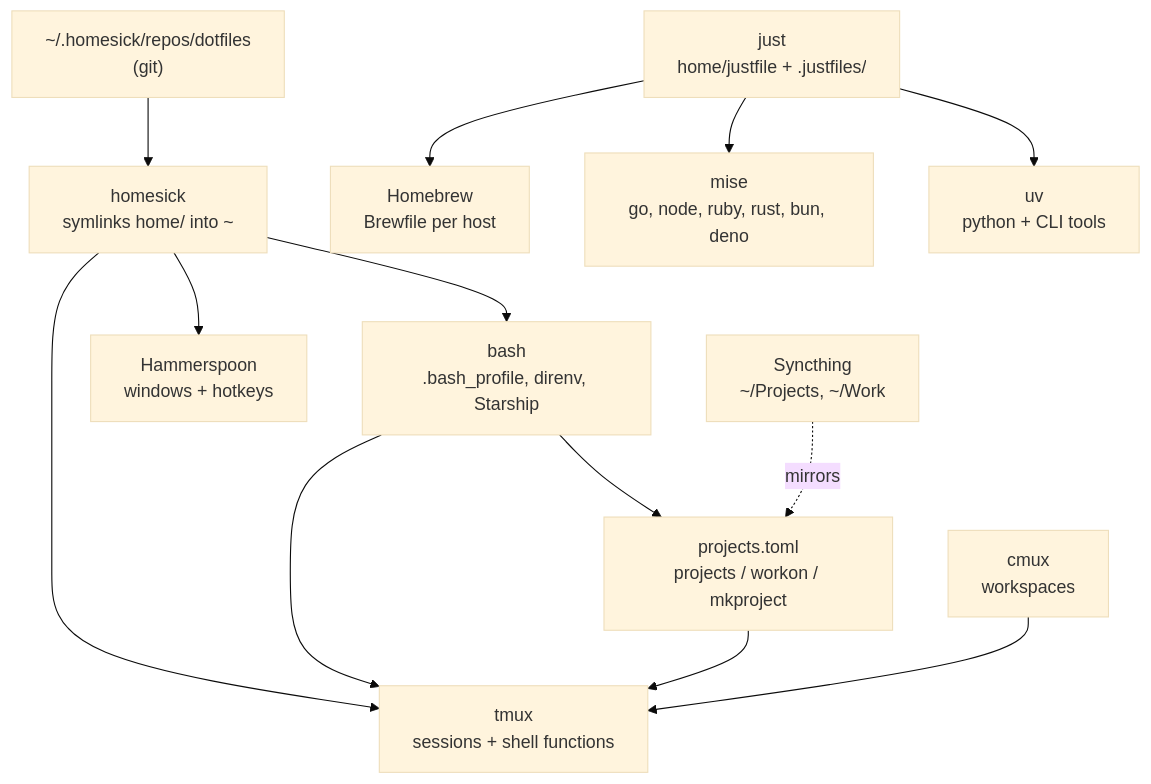
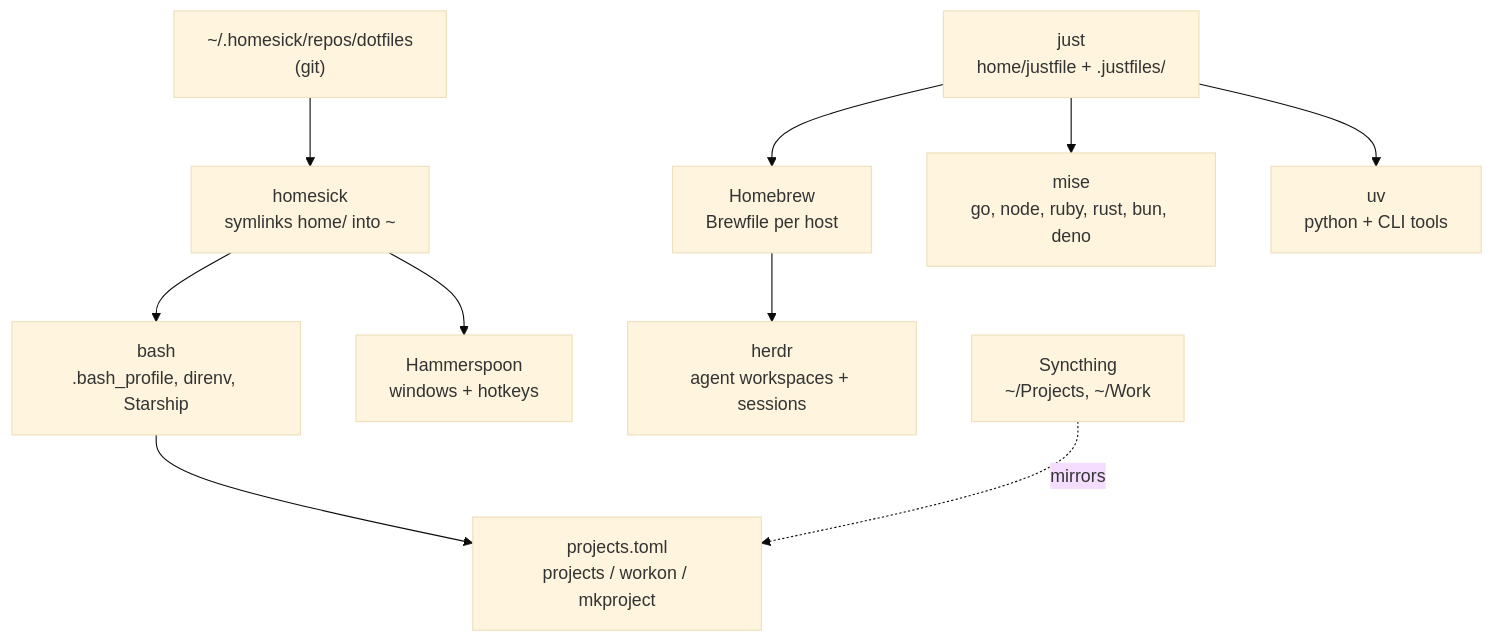
One commit to jefftriplett/dotfiles changed the diagram in docs/overview.md. Above: the diagram before and after it, drawn with Mermaid (base theme). The commit also changed other lines of this file, not shown here.

Commit message:
:memo: Replace tmux and cmux with herdr in overview

````diff
--- a/docs/overview.md
+++ b/docs/overview.md
@@ -26,27 +26,22 @@
 ```mermaid
 flowchart TD
     repo["~/.homesick/repos/dotfiles<br/>(git)"]
     homesick["homesick<br/>symlinks home/ into ~"]
     brew["Homebrew<br/>Brewfile per host"]
     just["just<br/>home/justfile + .justfiles/"]
     mise["mise<br/>go, node, ruby, rust, bun, deno"]
     uv["uv<br/>python + CLI tools"]
     shell["bash<br/>.bash_profile, direnv, Starship"]
-    tmux["tmux<br/>sessions + shell functions"]
-    cmux["cmux<br/>workspaces"]
+    herdr["herdr<br/>agent workspaces + sessions"]
     registry["projects.toml<br/>projects / workon / mkproject"]
     hs["Hammerspoon<br/>windows + hotkeys"]
     sync["Syncthing<br/>~/Projects, ~/Work"]
 
     repo --> homesick --> shell
     homesick --> hs
-    homesick --> tmux
-    just --> brew
+    just --> brew --> herdr
     just --> mise
     just --> uv
-    shell --> tmux
     shell --> registry
-    registry --> tmux
-    cmux --> tmux
     sync -. mirrors .-> registry
 ```
````
